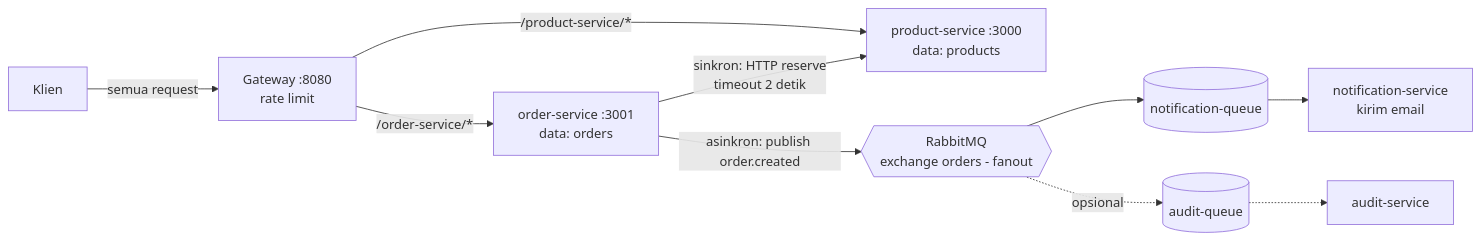
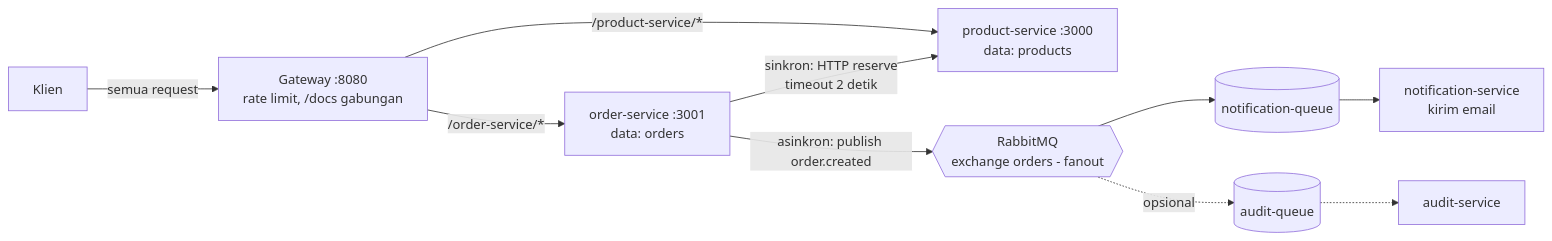
The diagram in toko/README.md (rhezadaniel7/week9-webservices-daniel), drawn with Mermaid before and after one commit. The commit also changed other lines of this file and 9 other files, not shown here.

Commit message:
lab 11: dokumentasi OpenAPI code-first + gabungan di gateway

````diff
--- a/toko/README.md
+++ b/toko/README.md
@@ -20,12 +68,12 @@
 ```mermaid
 graph LR
-    K[Klien] -->|semua request| G[Gateway :8080<br/>rate limit]
+    K[Klien] -->|semua request| G[Gateway :8080<br/>rate limit, /docs gabungan]
     G -->|/product-service/*| P[product-service :3000<br/>data: products]
     G -->|/order-service/*| O[order-service :3001<br/>data: orders]
     O -->|sinkron: HTTP reserve<br/>timeout 2 detik| P
     O -->|asinkron: publish order.created| X{{RabbitMQ<br/>exchange orders - fanout}}
     X --> NQ[(notification-queue)]
     X -.->|opsional| AQ[(audit-queue)]
     NQ --> N[notification-service<br/>kirim email]
     AQ -.-> A[audit-service]
 ```
````
